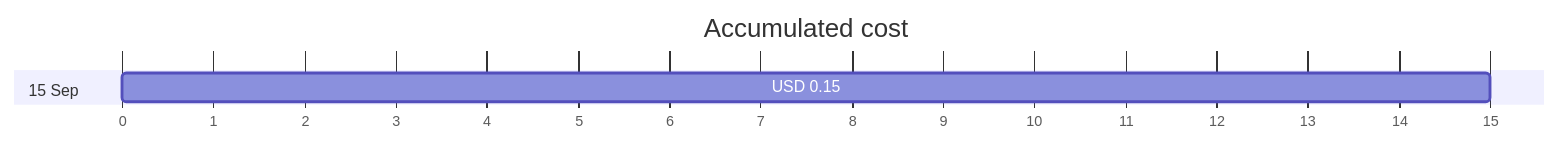
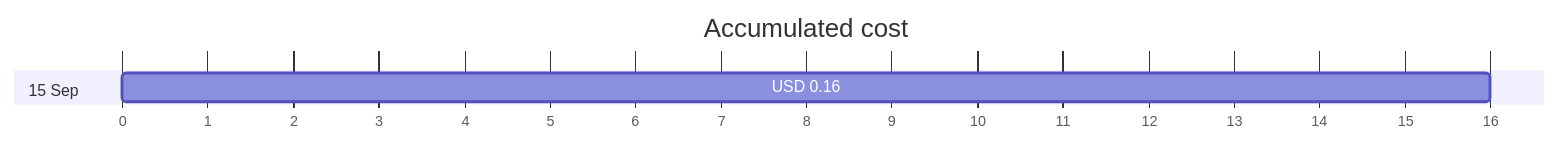
The first of 4 diagrams in cost-reports/personal-network/vpn-server.md (jpfulton/azure-personal-reports), drawn with Mermaid before and after one commit. The commit also changed other lines of this file and 14 other files, not shown here.

````diff
--- a/cost-reports/personal-network/vpn-server.md
+++ b/cost-reports/personal-network/vpn-server.md
@@ -20,8 +20,8 @@
 ```mermaid
 gantt
    title Accumulated cost
    dateFormat  X
    axisFormat %s
    section 15 Sep
-   USD 0.15 :0, 15
+   USD 0.16 :0, 16
 ```
````
